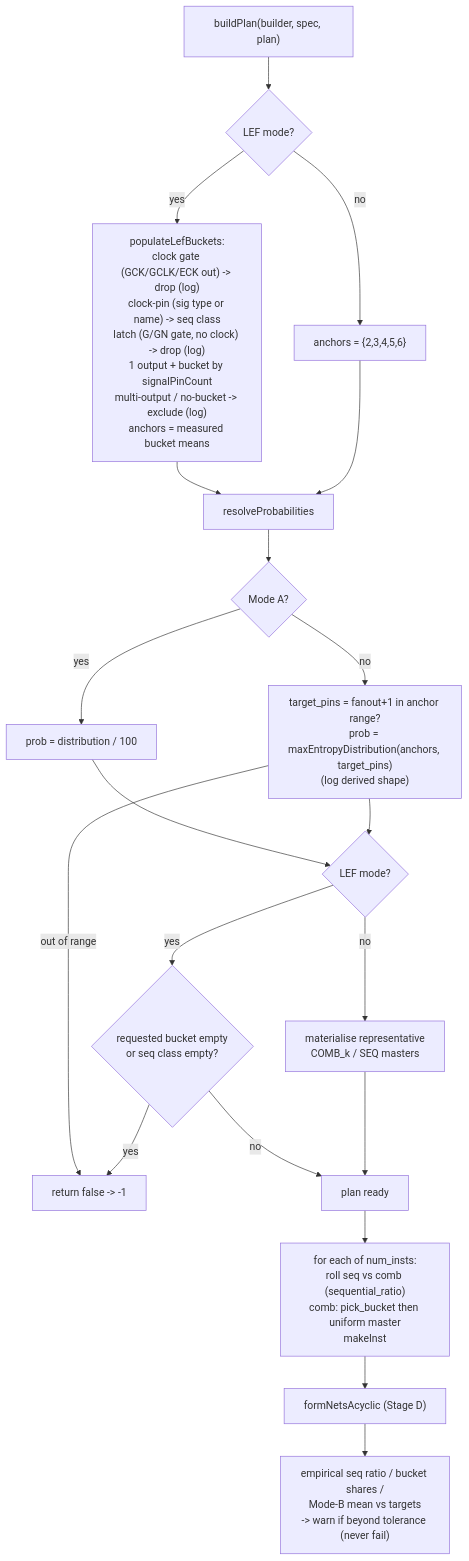
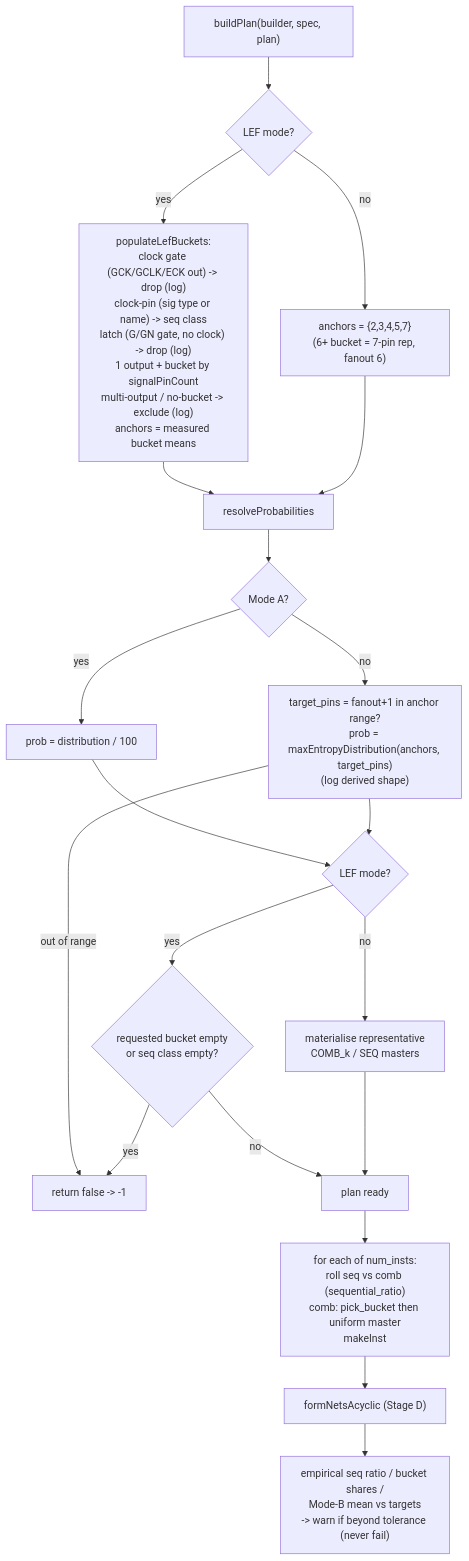
Before and after one commit to rfive88/eda-lab: the fifth of 12 diagrams in src/engines/netlistgen/FLOW.md, drawn with Mermaid. The commit also changed other lines of this file and 4 other files, not shown here.

````diff
--- a/src/engines/netlistgen/FLOW.md
+++ b/src/engines/netlistgen/FLOW.md
@@ -162,23 +163,23 @@
 ```mermaid
 graph TD
   bp["buildPlan(builder, spec, plan)"] --> lm{"LEF mode?"}
   lm -->|yes| pop["populateLefBuckets:<br/>clock gate (GCK/GCLK/ECK out) -> drop (log)<br/>clock-pin (sig type or name) -> seq class<br/>latch (G/GN gate, no clock) -> drop (log)<br/>1 output + bucket by signalPinCount<br/>multi-output / no-bucket -> exclude (log)<br/>anchors = measured bucket means"]
-  lm -->|no| anc["anchors = {2,3,4,5,6}"]
+  lm -->|no| anc["anchors = {2,3,4,5,7}<br/>(6+ bucket = 7-pin rep, fanout 6)"]
   pop --> rp
   anc --> rp["resolveProbabilities"]
   rp --> modeA{"Mode A?"}
   modeA -->|yes| dist["prob = distribution / 100"]
   modeA -->|no| maxe["target_pins = fanout+1 in anchor range?<br/>prob = maxEntropyDistribution(anchors, target_pins)<br/>(log derived shape)"]
   maxe -->|out of range| r2["return false -> -1"]
   dist --> chk
   maxe --> chk{"LEF mode?"}
   chk -->|yes| empty{"requested bucket empty<br/>or seq class empty?"}
   empty -->|yes| r2
   empty -->|no| okplan
   chk -->|no| reps["materialise representative<br/>COMB_k / SEQ masters"]
   reps --> okplan[plan ready]
 
   okplan --> gen["for each of num_insts:<br/>roll seq vs comb (sequential_ratio)<br/>comb: pick_bucket then uniform master<br/>makeInst"]
   gen --> fn2["formNetsAcyclic (Stage D)"]
   fn2 --> tol["empirical seq ratio / bucket shares /<br/>Mode-B mean vs targets<br/>-> warn if beyond tolerance (never fail)"]
 ```
````
